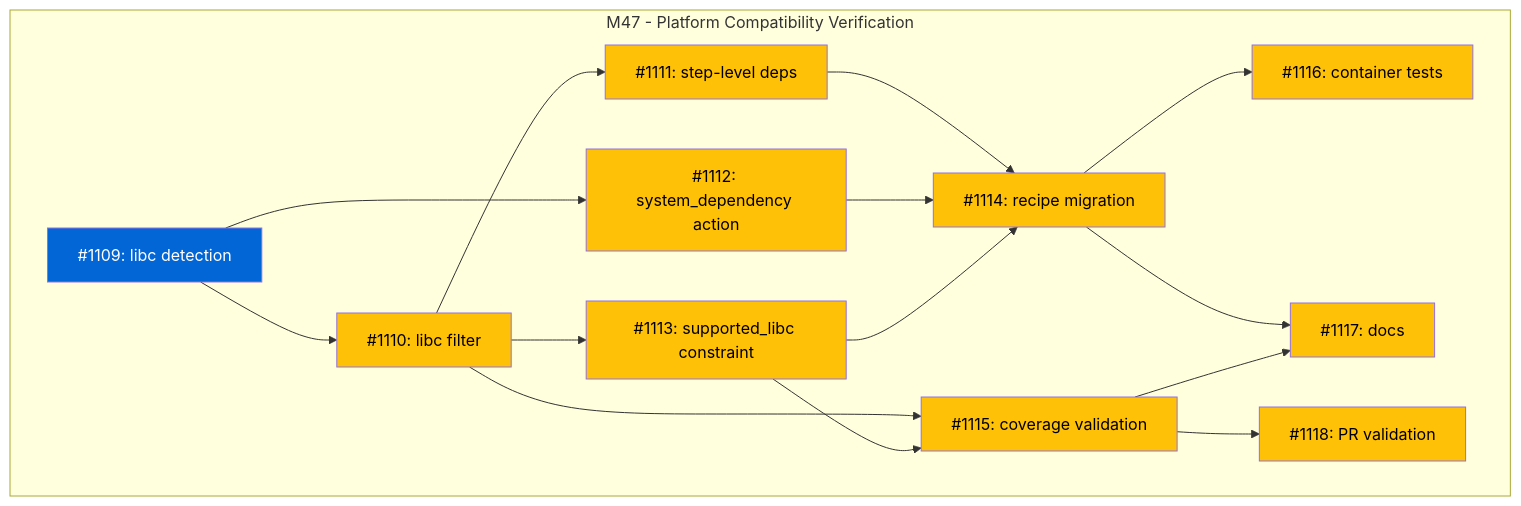
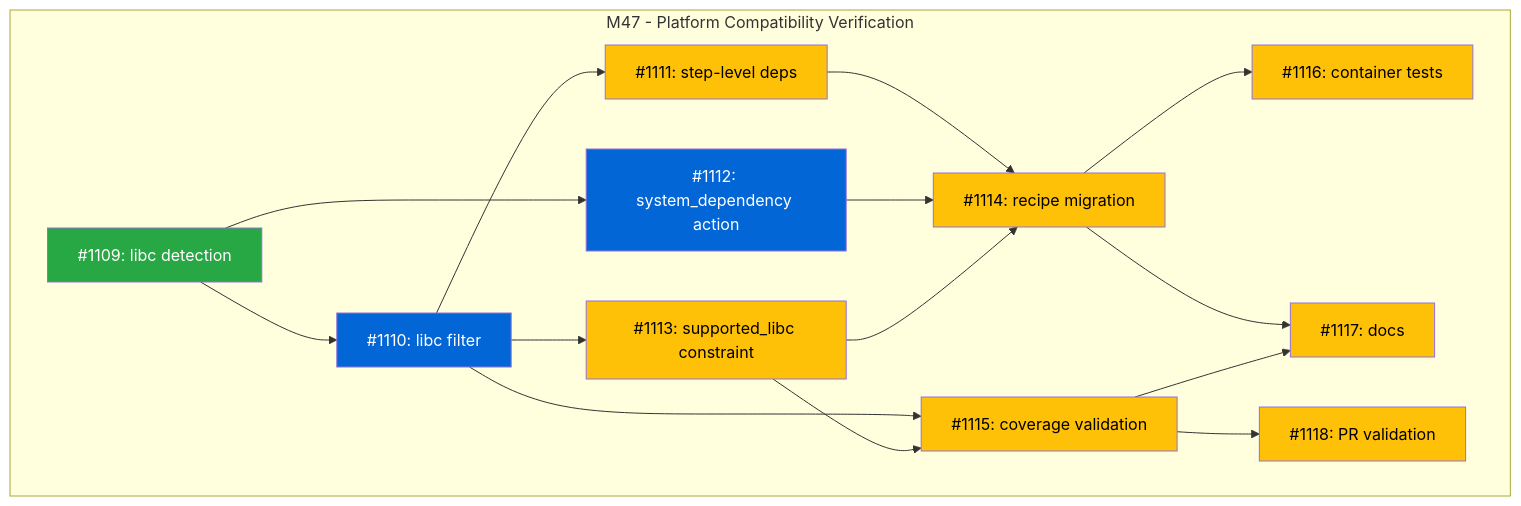
One commit to tsukumogami/tsuku changed the diagram in docs/designs/DESIGN-platform-compatibility-verification.md. Above: the diagram before and after it, drawn with Mermaid.

Commit message:
docs(design): mark issue #1109 as done (#1122)
Update the platform compatibility verification design doc to reflect
completed work on libc detection (#1109).

````diff
--- a/docs/designs/DESIGN-platform-compatibility-verification.md
+++ b/docs/designs/DESIGN-platform-compatibility-verification.md
@@ -29,34 +29,34 @@
 ```mermaid
 graph TD
     subgraph "M47 - Platform Compatibility Verification"
-        I1109["#1109: libc detection"]:::ready
-        I1110["#1110: libc filter"]:::blocked
+        I1109["#1109: libc detection"]:::done
+        I1110["#1110: libc filter"]:::ready
         I1111["#1111: step-level deps"]:::blocked
-        I1112["#1112: system_dependency action"]:::blocked
+        I1112["#1112: system_dependency action"]:::ready
         I1113["#1113: supported_libc constraint"]:::blocked
         I1114["#1114: recipe migration"]:::blocked
         I1115["#1115: coverage validation"]:::blocked
         I1116["#1116: container tests"]:::blocked
         I1117["#1117: docs"]:::blocked
         I1118["#1118: PR validation"]:::blocked
 
         I1109 --> I1110
         I1109 --> I1112
         I1110 --> I1111
         I1110 --> I1113
         I1110 --> I1115
         I1111 --> I1114
         I1112 --> I1114
         I1113 --> I1114
         I1113 --> I1115
         I1114 --> I1116
         I1114 --> I1117
         I1115 --> I1117
         I1115 --> I1118
     end
 
     classDef done fill:#28a745,color:#fff
     classDef ready fill:#0366d6,color:#fff
     classDef blocked fill:#ffc107,color:#000
     classDef needsDesign fill:#6f42c1,color:#fff
 ```
````
